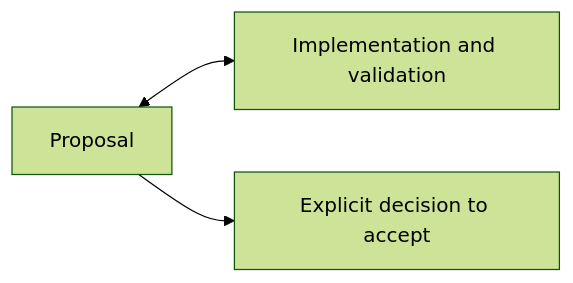
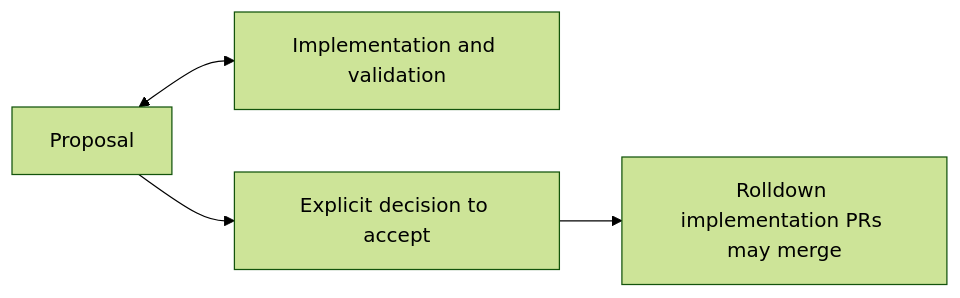
One commit to h-a-n-a/cache changed the diagram in README.md. Above: the diagram before and after it, drawn with Mermaid (forest theme). The commit also changed other lines of this file and 1 other file, not shown here.

Commit message:
docs: require accepted designs before merging implementation

````diff
--- a/README.md
+++ b/README.md
@@ -64,5 +65,6 @@
 ```mermaid
 flowchart LR
     P[Proposal] <--> V[Implementation and validation]
     P --> A[Explicit decision to accept]
+    A --> M[Rolldown implementation PRs may merge]
 ```
````
